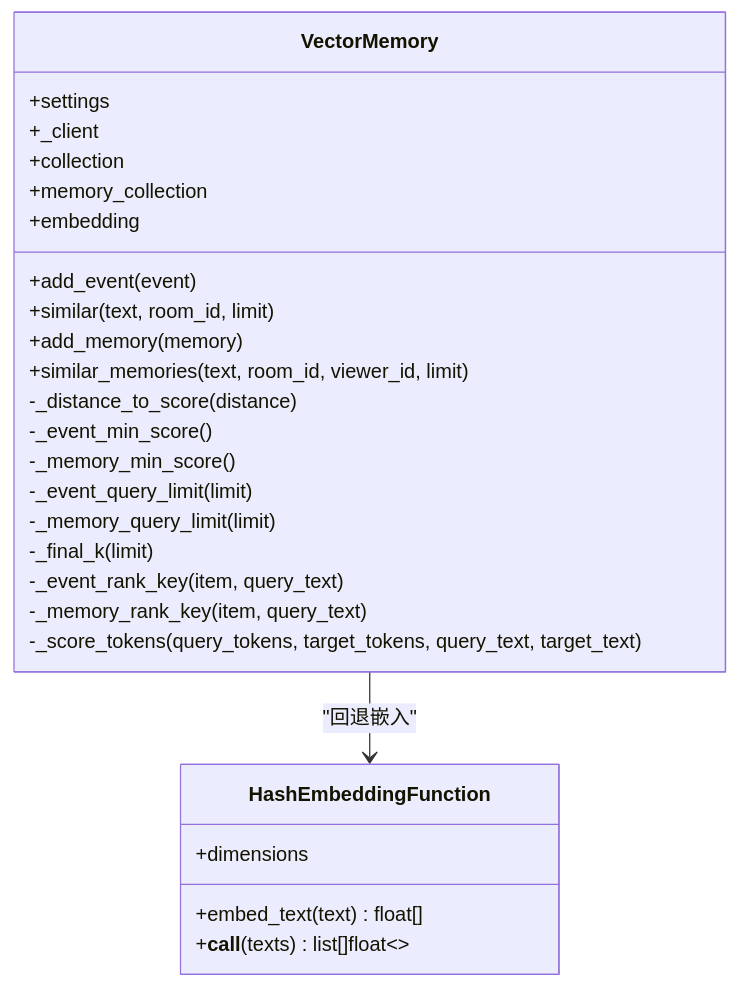
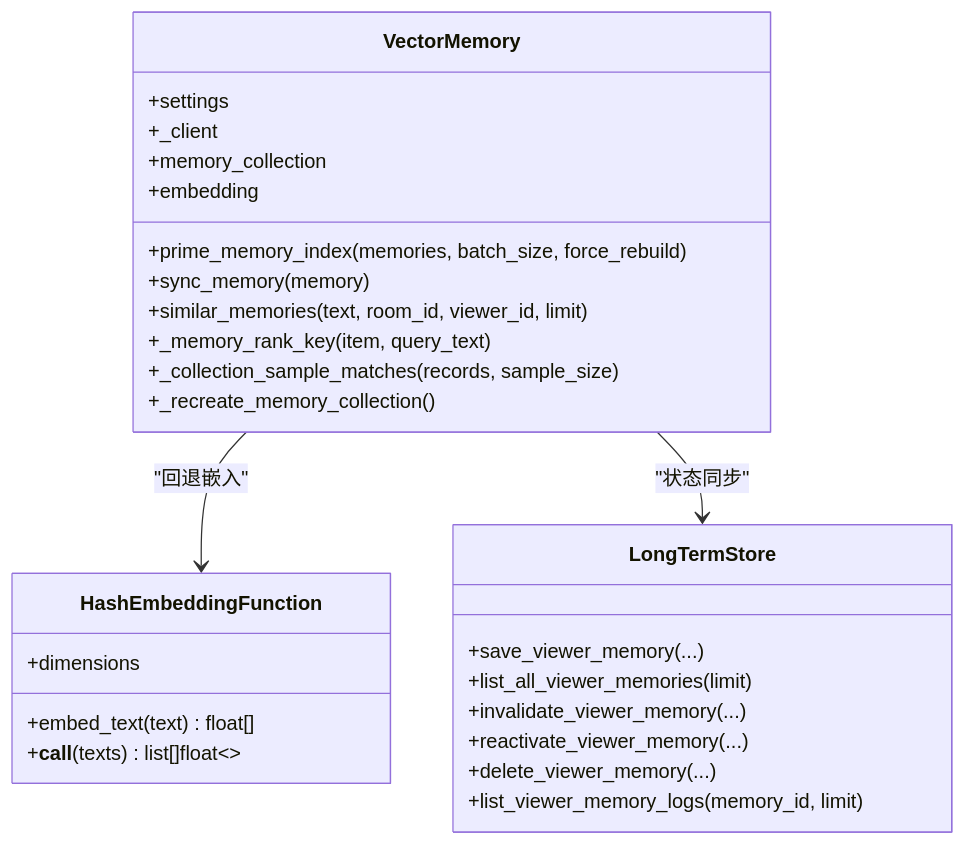
One commit to Moon-Force/DouYin_llm changed the third of 8 diagrams in .qoder/repowiki/zh/content/后端服务/内存管理系统/向量存储管理.md. Above: the diagram before and after it, drawn with Mermaid. The commit also changed other lines of this file and 17 other files, not shown here.

````diff
--- a/.qoder/repowiki/zh/content/后端服务/内存管理系统/向量存储管理.md
+++ b/.qoder/repowiki/zh/content/后端服务/内存管理系统/向量存储管理.md
@@ -162,29 +197,30 @@
 ```mermaid
 classDiagram
 class VectorMemory {
 +settings
 +_client
-+collection
 +memory_collection
 +embedding
-+add_event(event)
-+similar(text, room_id, limit)
-+add_memory(memory)
++prime_memory_index(memories, batch_size, force_rebuild)
++sync_memory(memory)
 +similar_memories(text, room_id, viewer_id, limit)
--_distance_to_score(distance)
--_event_min_score()
--_memory_min_score()
--_event_query_limit(limit)
--_memory_query_limit(limit)
--_final_k(limit)
--_event_rank_key(item, query_text)
--_memory_rank_key(item, query_text)
--_score_tokens(query_tokens, target_tokens, query_text, target_text)
++_memory_rank_key(item, query_text)
++_collection_sample_matches(records, sample_size)
++_recreate_memory_collection()
 }
 class HashEmbeddingFunction {
 +dimensions
 +embed_text(text) float[]
 +__call__(texts) list[]float~~
 }
+class LongTermStore {
++save_viewer_memory(...)
++list_all_viewer_memories(limit)
++invalidate_viewer_memory(...)
++reactivate_viewer_memory(...)
++delete_viewer_memory(...)
++list_viewer_memory_logs(memory_id, limit)
+}
 VectorMemory --> HashEmbeddingFunction : "回退嵌入"
+VectorMemory --> LongTermStore : "状态同步"
 ```
````
